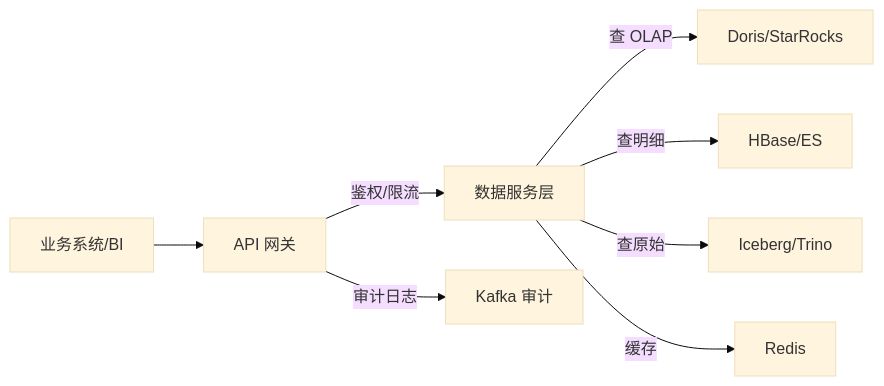
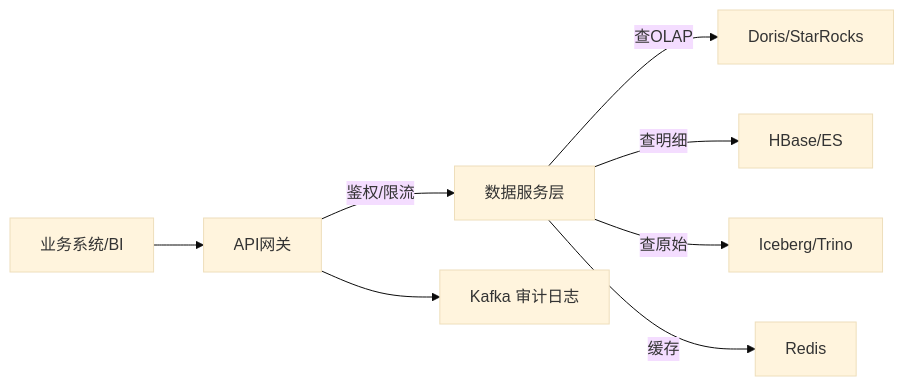
One commit to tghrxxxyyy/knowledge-base changed the second of 3 diagrams in 基础知识/大数据/17-数据服务化与指标管理.md. Above: the diagram before and after it, drawn with Mermaid (base theme). The commit also changed other lines of this file and 9 other files, not shown here.

````diff
--- a/基础知识/大数据/17-数据服务化与指标管理.md
+++ b/基础知识/大数据/17-数据服务化与指标管理.md
@@ -117,10 +137,10 @@
 ```mermaid
-graph LR
-    B[业务系统/BI] --> G[API 网关]
+flowchart LR
+    B[业务系统/BI] --> G[API网关]
     G -->|鉴权/限流| S[数据服务层]
-    S -->|查 OLAP| D[Doris/StarRocks]
-    S -->|查明细| HBase[HBase/ES]
+    S -->|查OLAP| D[Doris/StarRocks]
+    S -->|查明细| H[HBase/ES]
     S -->|查原始| I[Iceberg/Trino]
     S -->|缓存| R[Redis]
-    G -->|审计日志| A[Kafka 审计]
+    G --> A[Kafka 审计日志]
 ```
````
